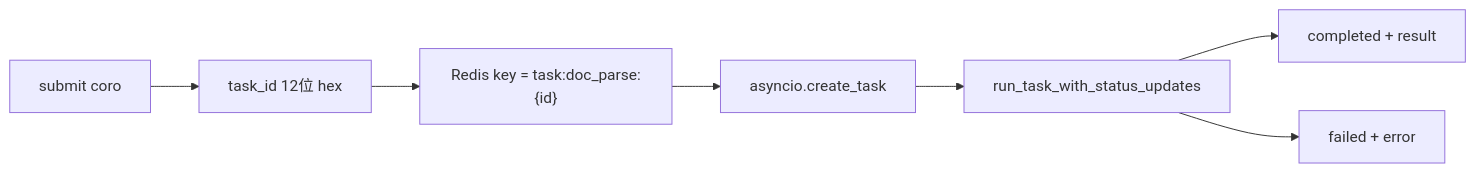
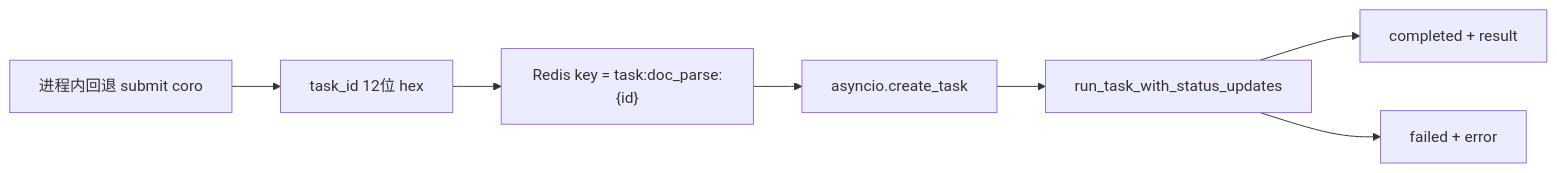
Before and after one commit to bitladykiller/-: diagram 28 of 36 in docs/modules/00-全流程图集.md, drawn with Mermaid. The commit also changed other lines of this file and 19 other files, not shown here.

````diff
--- a/docs/modules/00-全流程图集.md
+++ b/docs/modules/00-全流程图集.md
@@ -946,9 +987,9 @@
 ```mermaid
 flowchart LR
-    SUB[submit coro] --> ID[task_id 12位 hex]
+    SUB[进程内回退 submit coro] --> ID[task_id 12位 hex]
     ID --> K["Redis key = task:doc_parse:{id}"]
     K --> BG[asyncio.create_task]
     BG --> RUN[run_task_with_status_updates]
     RUN --> OK[completed + result]
     RUN --> ERR[failed + error]
 ```
````
